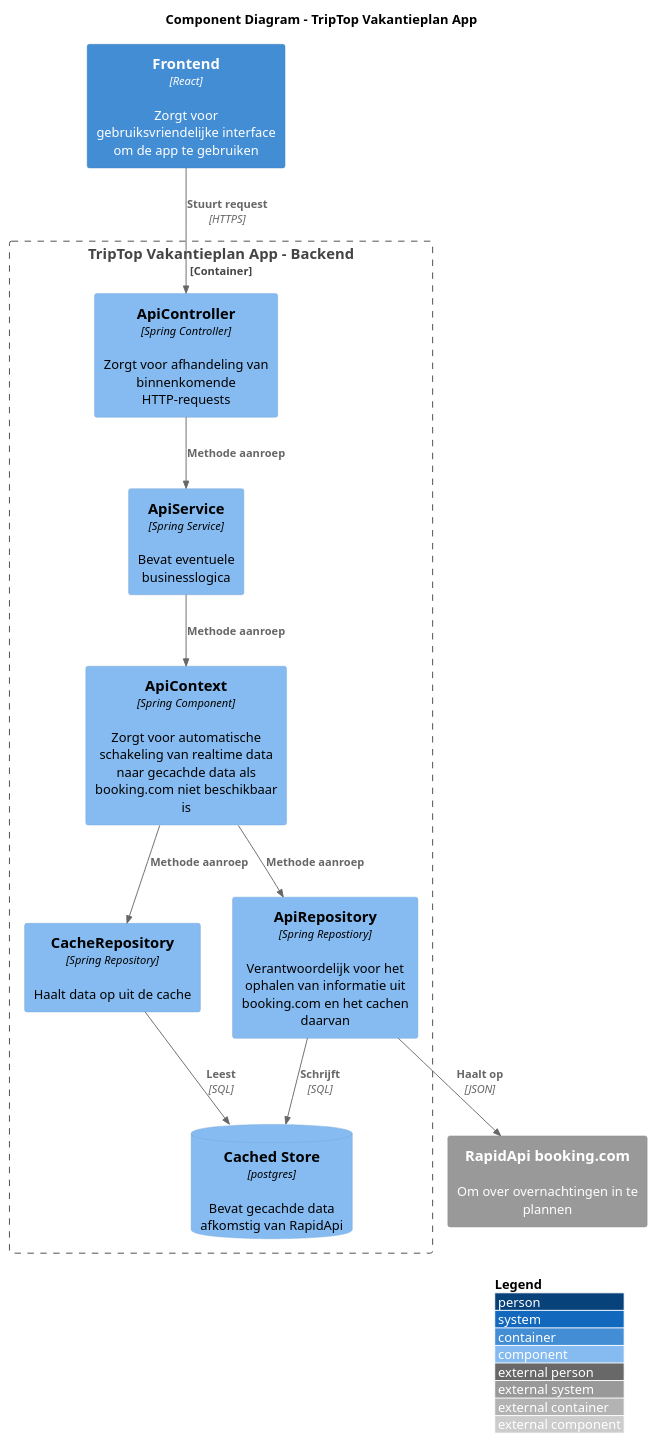
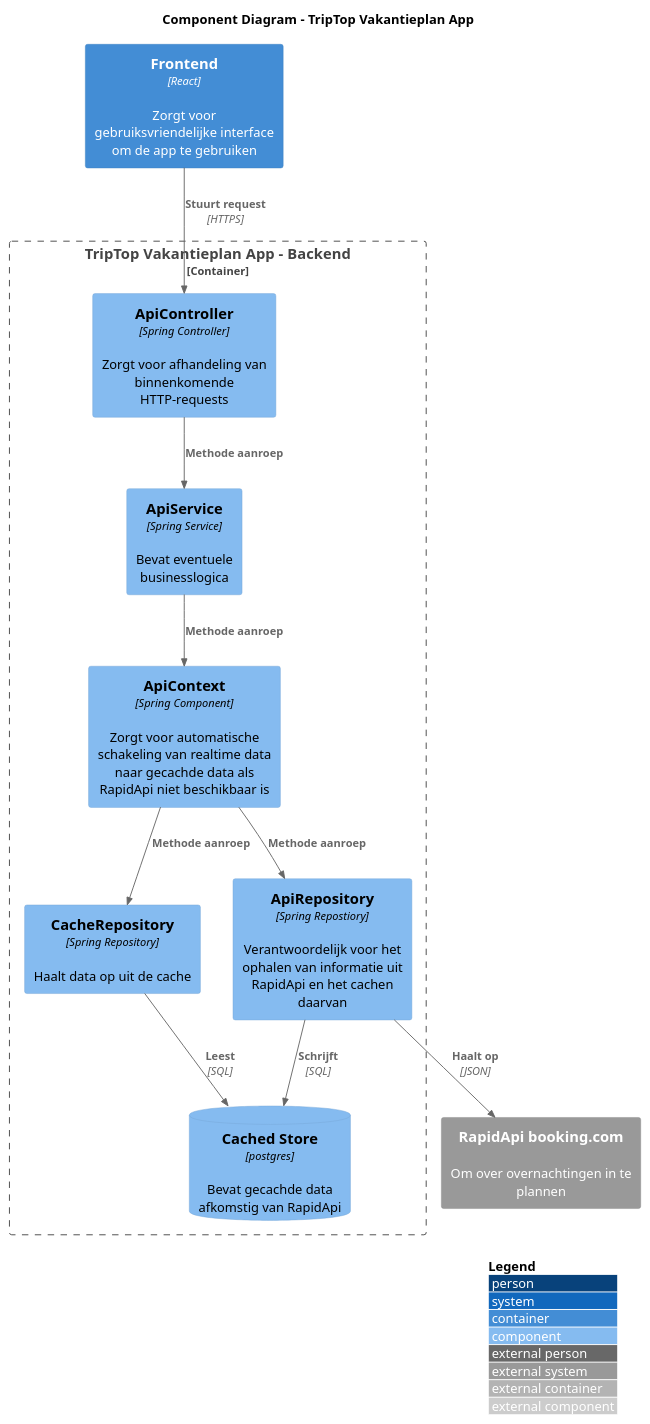
Before and after one commit to AIM-ENE-feb25/triptop-groep-3-pedro-ramon-mees: the diagram in opdracht-diagrammen/component_diagram_onderzoeksvraag1_ramon.puml, drawn with PlantUML. The commit also changed 1 other file, not shown here.

Commit message:
Use correct names in component diagram

```diff
--- a/opdracht-diagrammen/component_diagram_onderzoeksvraag1_ramon.puml
+++ b/opdracht-diagrammen/component_diagram_onderzoeksvraag1_ramon.puml
@@ -1,35 +1,35 @@
 @startuml component_diagram_onderzoeksvraag1_ramon
 
 !include https://raw.githubusercontent.com/plantuml-stdlib/C4-PlantUML/master/C4_Component.puml
 
 title Component Diagram - TripTop Vakantieplan App
 
 Container(frontend, "Frontend", "React", "Zorgt voor gebruiksvriendelijke interface om de app te gebruiken")
 
 Container_Boundary(boundary,   "TripTop Vakantieplan App - Backend") {
     Component(apicontroller,   "ApiController",   "Spring Controller", "Zorgt voor afhandeling van binnenkomende HTTP-requests")
     Component(apiservice,      "ApiService",      "Spring Service",         "Bevat eventuele businesslogica")
-    Component(apicontext,      "ApiContext",      "Spring Component",       "Zorgt voor automatische schakeling van realtime data naar gecachde data als booking.com niet beschikbaar is")
-    Component(apirepository,   "ApiRepository",   "Spring Repostiory",      "Verantwoordelijk voor het ophalen van informatie uit booking.com en het cachen daarvan")
+    Component(apicontext,      "ApiContext",      "Spring Component",       "Zorgt voor automatische schakeling van realtime data naar gecachde data als RapidApi niet beschikbaar is")
+    Component(apirepository,   "ApiRepository",   "Spring Repostiory",      "Verantwoordelijk voor het ophalen van informatie uit RapidApi en het cachen daarvan")
     Component(cacherepository, "CacheRepository", "Spring Repository",      "Haalt data op uit de cache")
     ComponentDb(db, "Cached Store", "postgres", "Bevat gecachde data afkomstig van RapidApi")
 }
 
 Rel(frontend, apicontroller, "Stuurt request", "HTTPS")
 
 Rel(apicontroller, apiservice,      "Methode aanroep")
 Rel(apiservice,    apicontext,      "Methode aanroep")
 Rel(apicontext,    apirepository,   "Methode aanroep")
 Rel(apicontext,    cacherepository, "Methode aanroep")
 
 System_Ext(booking, "RapidApi booking.com", "Om over overnachtingen in te plannen")
 
 Rel(apirepository, booking, "Haalt op", "JSON")
 
 Rel(apirepository,   db, "Schrijft", "SQL")
 Rel(cacherepository, db, "Leest",    "SQL")
 
 SHOW_LEGEND(true)
 LAYOUT_WITH_LEGEND()
 
 @enduml
```
